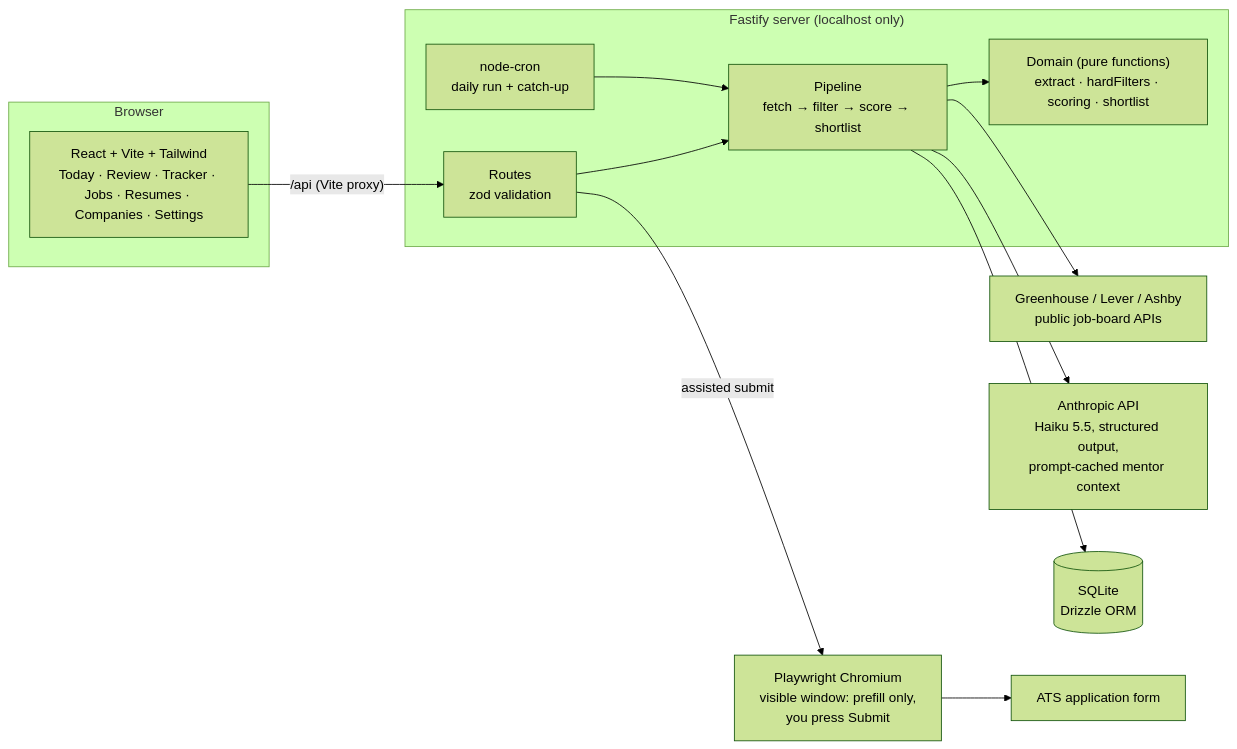
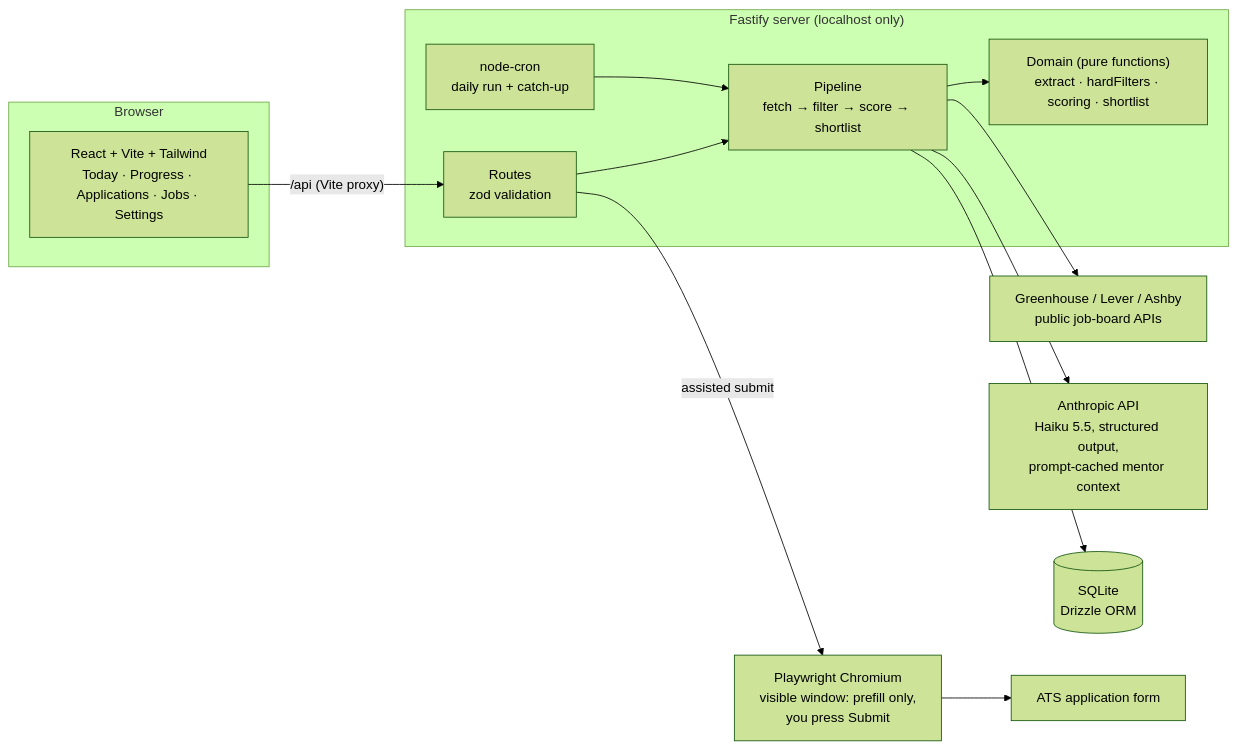
Before and after one commit to minahilnkhan/job-search-autopilot: the diagram in README.md, drawn with Mermaid (forest theme). The commit also changed other lines of this file and 21 other files, not shown here.

````diff
--- a/README.md
+++ b/README.md
@@ -103,22 +121,22 @@
 ```mermaid
 flowchart LR
   subgraph Browser
-    UI["React + Vite + Tailwind<br/>Today · Review · Tracker · Jobs · Resumes · Companies · Settings"]
+    UI["React + Vite + Tailwind<br/>Today · Progress · Applications · Jobs · Settings"]
   end
   subgraph Server["Fastify server (localhost only)"]
     CRON["node-cron<br/>daily run + catch-up"]
     R["Routes<br/>zod validation"]
     P["Pipeline<br/>fetch → filter → score → shortlist"]
     D["Domain (pure functions)<br/>extract · hardFilters · scoring · shortlist"]
   end
   ATS["Greenhouse / Lever / Ashby<br/>public job-board APIs"]
   LLM["Anthropic API<br/>Haiku 5.5, structured output,<br/>prompt-cached mentor context"]
   DB[("SQLite<br/>Drizzle ORM")]
   UI -- "/api (Vite proxy)" --> R --> P --> D
   CRON --> P
   P --> ATS
   P --> LLM
   P --> DB
   R -- "assisted submit" --> PW["Playwright Chromium<br/>visible window: prefill only,<br/>you press Submit"]
   PW --> FORM["ATS application form"]
 ```
````
